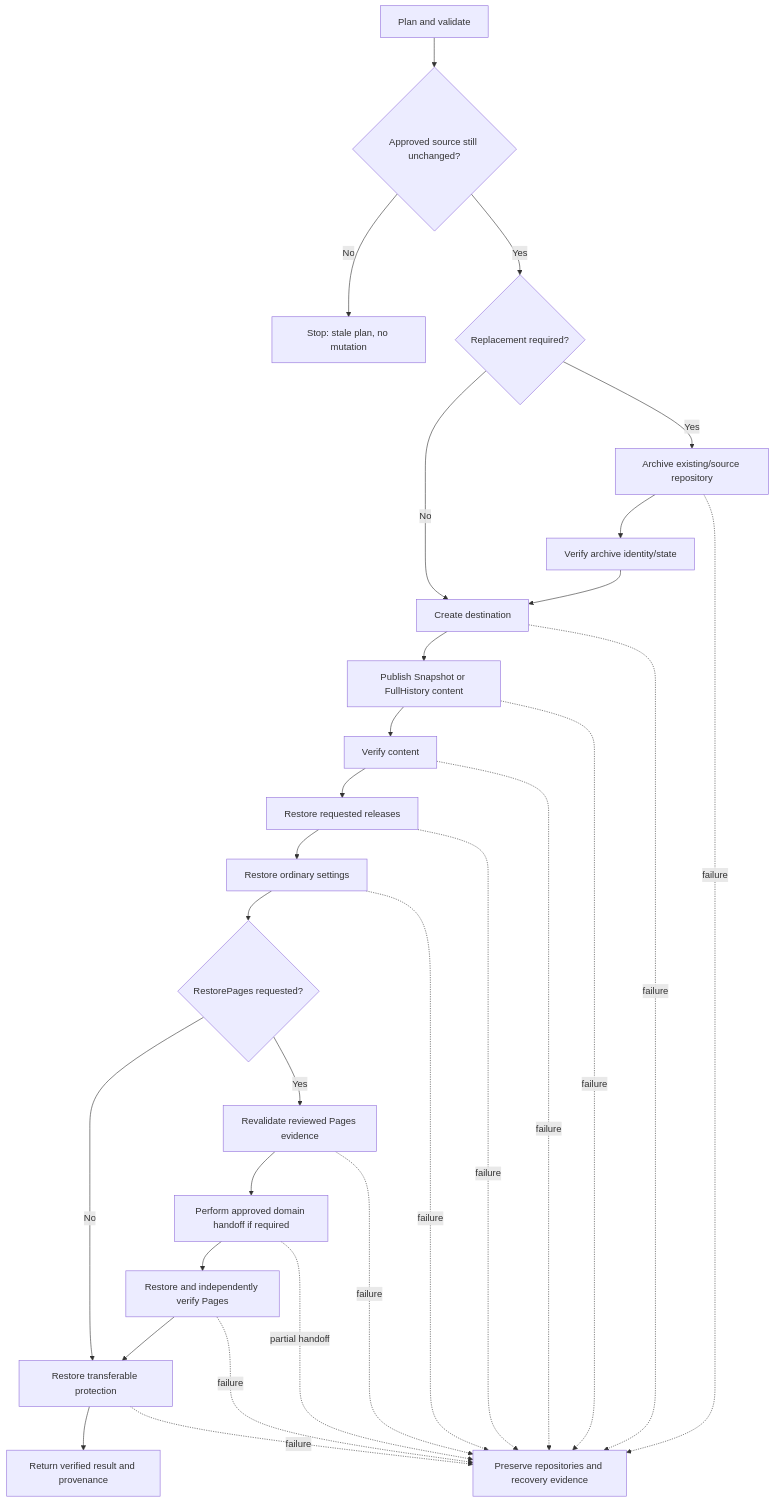
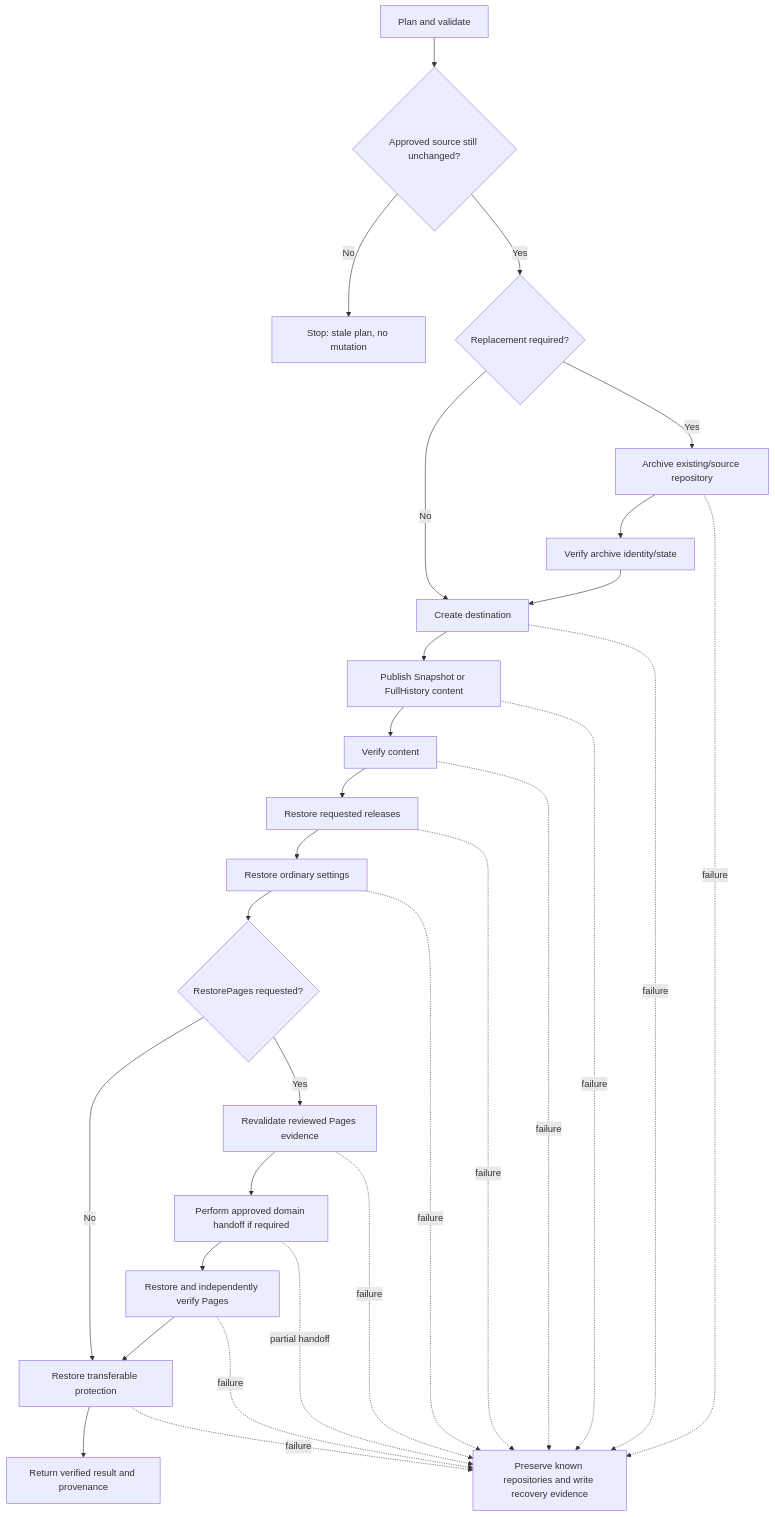
One commit to infoconex/copy-github-repo changed the diagram in docs/user/troubleshooting-recovery.md. Above: the diagram before and after it, drawn with Mermaid. The commit also changed other lines of this file, not shown here.

Commit message:
docs: preserve recovery documentation contracts

````diff
--- a/docs/user/troubleshooting-recovery.md
+++ b/docs/user/troubleshooting-recovery.md
@@ -39,32 +39,32 @@
 ```mermaid
 flowchart TD
     A[Plan and validate] --> B{Approved source still unchanged?}
     B -- No --> S[Stop: stale plan, no mutation]
     B -- Yes --> C{Replacement required?}
     C -- No --> D[Create destination]
     C -- Yes --> E[Archive existing/source repository]
     E --> F[Verify archive identity/state]
     F --> D
     D --> G[Publish Snapshot or FullHistory content]
     G --> H[Verify content]
     H --> I[Restore requested releases]
     I --> J[Restore ordinary settings]
     J --> P{RestorePages requested?}
     P -- No --> Q[Restore transferable protection]
     P -- Yes --> R[Revalidate reviewed Pages evidence]
     R --> T[Perform approved domain handoff if required]
     T --> U[Restore and independently verify Pages]
     U --> Q
     Q --> K[Return verified result and provenance]
 
-    E -. failure .-> X[Preserve repositories and recovery evidence]
+    E -. failure .-> X[Preserve known repositories and write recovery evidence]
     D -. failure .-> X
     G -. failure .-> X
     H -. failure .-> X
     I -. failure .-> X
     J -. failure .-> X
     R -. failure .-> X
     T -. partial handoff .-> X
     U -. failure .-> X
     Q -. failure .-> X
 ```
````
